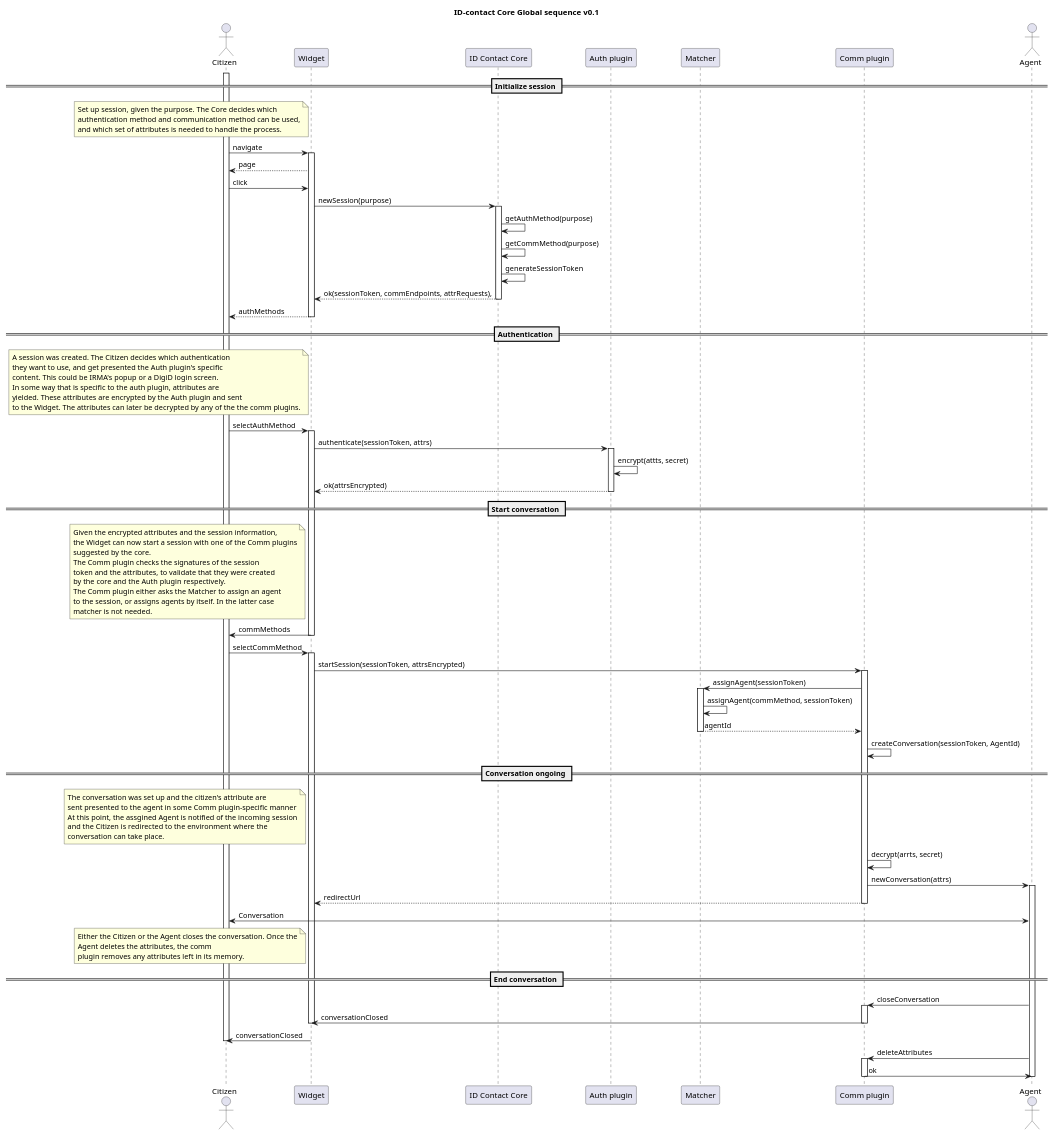
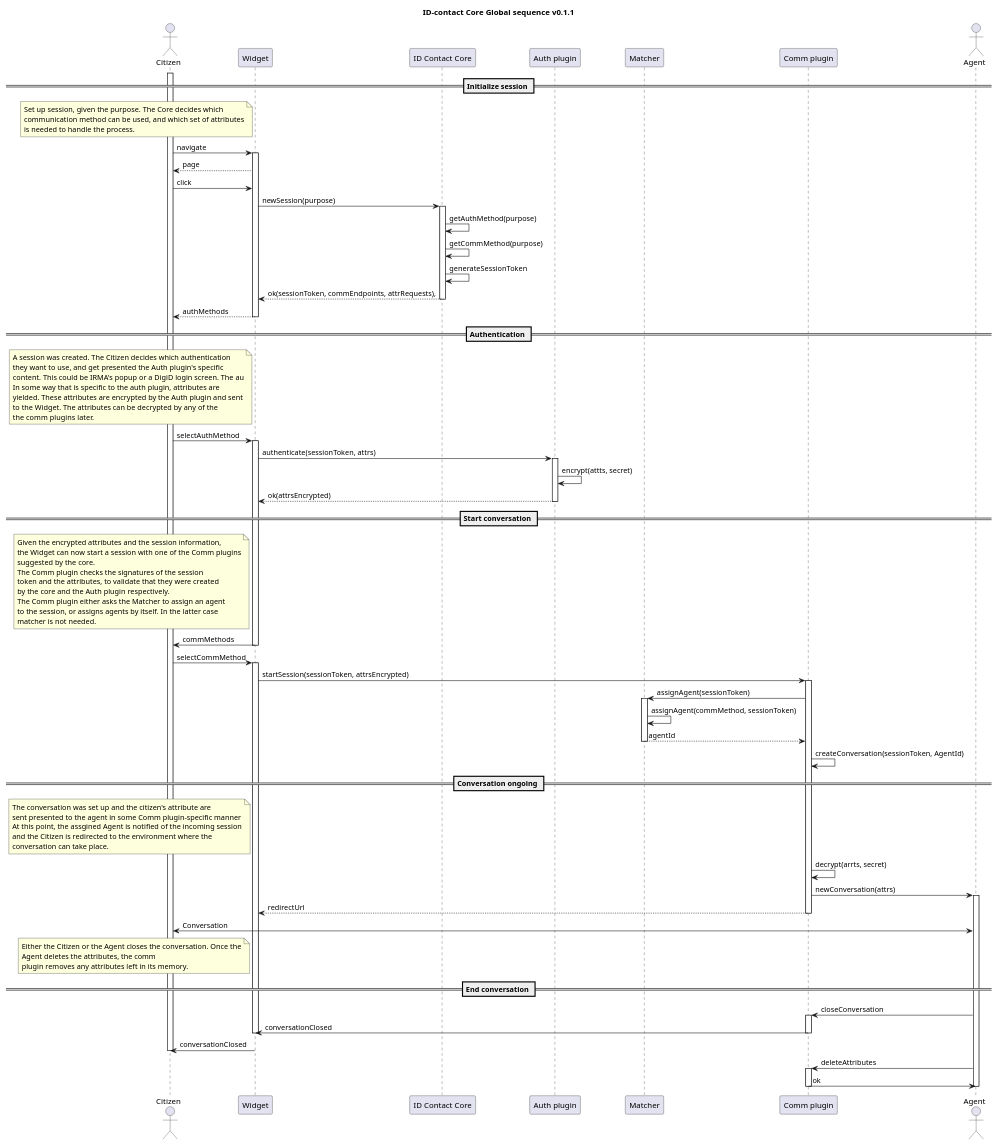
Before and after one commit to id-contact/docs: the diagram in docs/diagrams/global-sequence.puml, drawn with PlantUML.

Commit message:
update global sequence diagram to reflect that the core does not prescribe authentiction methods

```diff
--- a/docs/diagrams/global-sequence.puml
+++ b/docs/diagrams/global-sequence.puml
@@ -2,113 +2,114 @@
 @startuml
-title ID-contact Core Global sequence v0.1
+title ID-contact Core Global sequence v0.1.1
 
 actor Citizen as citizen
 participant "Widget" as widget
 participant "ID Contact Core" as core
 participant "Auth plugin" as auth_plugin
 participant "Matcher" as matcher
 participant "Comm plugin" as comm_plugin
 actor Agent as agent
 
 == Initialize session ==
 note left of widget
-Set up session, given the purpose. The Core decides which
-authentication method and communication method can be used,
-and which set of attributes is needed to handle the process.
+Set up session, given the purpose. The Core decides which 
+communication method can be used, and which set of attributes
+is needed to handle the process.
 end note
 activate citizen
 citizen->widget: navigate
 activate widget
 widget-->citizen: page
 citizen->widget: click
 widget->core: newSession(purpose)
 activate core
 core->core: getAuthMethod(purpose)
 core->core: getCommMethod(purpose)
 core->core: generateSessionToken
 core-->widget: ok(sessionToken, commEndpoints, attrRequests),
 deactivate core
 widget-->citizen: authMethods
 deactivate widget
 == Authentication ==
 
 note left of widget
 A session was created. The Citizen decides which authentication
 they want to use, and get presented the Auth plugin's specific
-content. This could be IRMA's popup or a DigiD login screen.
+content. This could be IRMA's popup or a DigiD login screen. The au
 In some way that is specific to the auth plugin, attributes are
 yielded. These attributes are encrypted by the Auth plugin and sent
-to the Widget. The attributes can later be decrypted by any of the the comm plugins.
+to the Widget. The attributes can be decrypted by any of the
+the comm plugins later.
 end note
 citizen->widget: selectAuthMethod
 activate widget
 widget->auth_plugin: authenticate(sessionToken, attrs)
 activate auth_plugin
 auth_plugin->auth_plugin: encrypt(attts, secret)
 auth_plugin-->widget: ok(attrsEncrypted)
 deactivate auth_plugin
 
 == Start conversation ==
 note left of widget
 Given the encrypted attributes and the session information,
 the Widget can now start a session with one of the Comm plugins
 suggested by the core.
 The Comm plugin checks the signatures of the session
 token and the attributes, to validate that they were created
 by the core and the Auth plugin respectively.
 The Comm plugin either asks the Matcher to assign an agent
 to the session, or assigns agents by itself. In the latter case
 matcher is not needed.
 end note
 
 widget->citizen: commMethods
 deactivate widget
 citizen->widget: selectCommMethod
 activate widget
 widget->comm_plugin:startSession(sessionToken, attrsEncrypted)
 activate comm_plugin
 comm_plugin->matcher: assignAgent(sessionToken)
 activate matcher
 matcher->matcher: assignAgent(commMethod, sessionToken)
 
 matcher-->comm_plugin: agentId
 deactivate matcher
 comm_plugin->comm_plugin:createConversation(sessionToken, AgentId)
 
 == Conversation ongoing ==
 note left of widget
 The conversation was set up and the citizen's attribute are
 sent presented to the agent in some Comm plugin-specific manner
 At this point, the assgined Agent is notified of the incoming session
 and the Citizen is redirected to the environment where the
 conversation can take place.
 end note
 
 comm_plugin->comm_plugin: decrypt(arrts, secret)
 comm_plugin->agent: newConversation(attrs)
 activate agent
 comm_plugin-->widget:redirectUrl
 deactivate comm_plugin
 citizen<->agent: Conversation
 
 note left of widget
 Either the Citizen or the Agent closes the conversation. Once the
 Agent deletes the attributes, the comm
 plugin removes any attributes left in its memory.
 end note
 == End conversation ==
 agent->comm_plugin: closeConversation
 activate comm_plugin
 comm_plugin->widget: conversationClosed
 deactivate comm_plugin
 deactivate widget
 widget->citizen: conversationClosed
 deactivate citizen
 agent->comm_plugin: deleteAttributes
 activate comm_plugin
 comm_plugin->agent: ok
 deactivate comm_plugin
 deactivate agent
 
 
 @enduml
```
